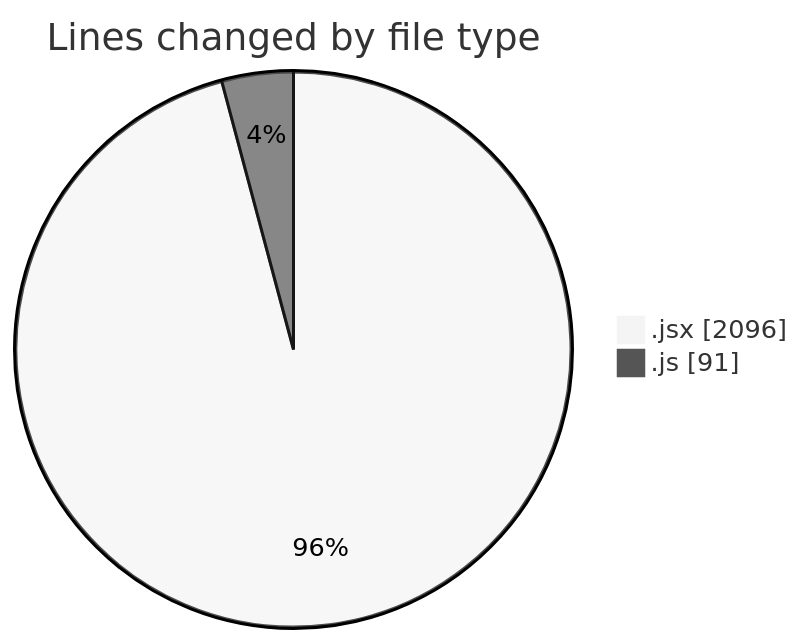
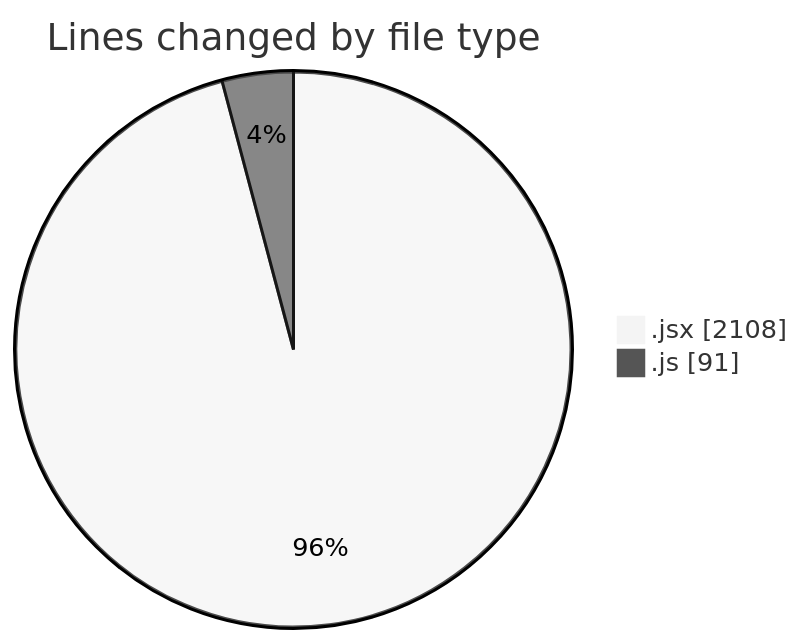
Before and after one commit to nxtqubesakshisongat/code-tracking: the first of 2 diagrams in 2025-07-07/argos/README.md, drawn with Mermaid (neutral theme). The commit also changed other lines of this file and 1 other file, not shown here.

````diff
--- a/2025-07-07/argos/README.md
+++ b/2025-07-07/argos/README.md
@@ -23,6 +23,6 @@
 ```mermaid
 pie showData
 title Lines changed by file type
-".jsx" : 2096
+".jsx" : 2108
 ".js" : 91
 ```
````
